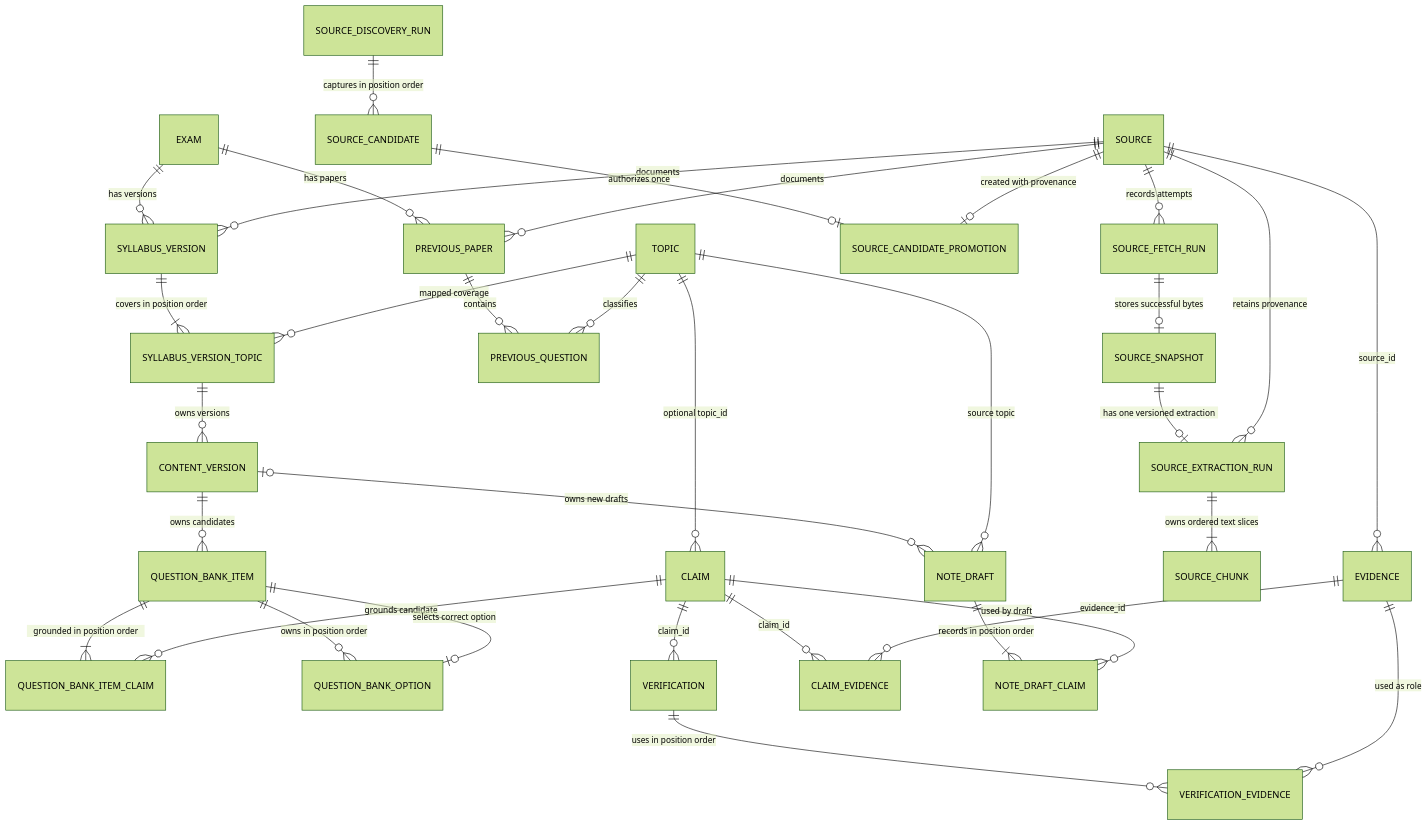
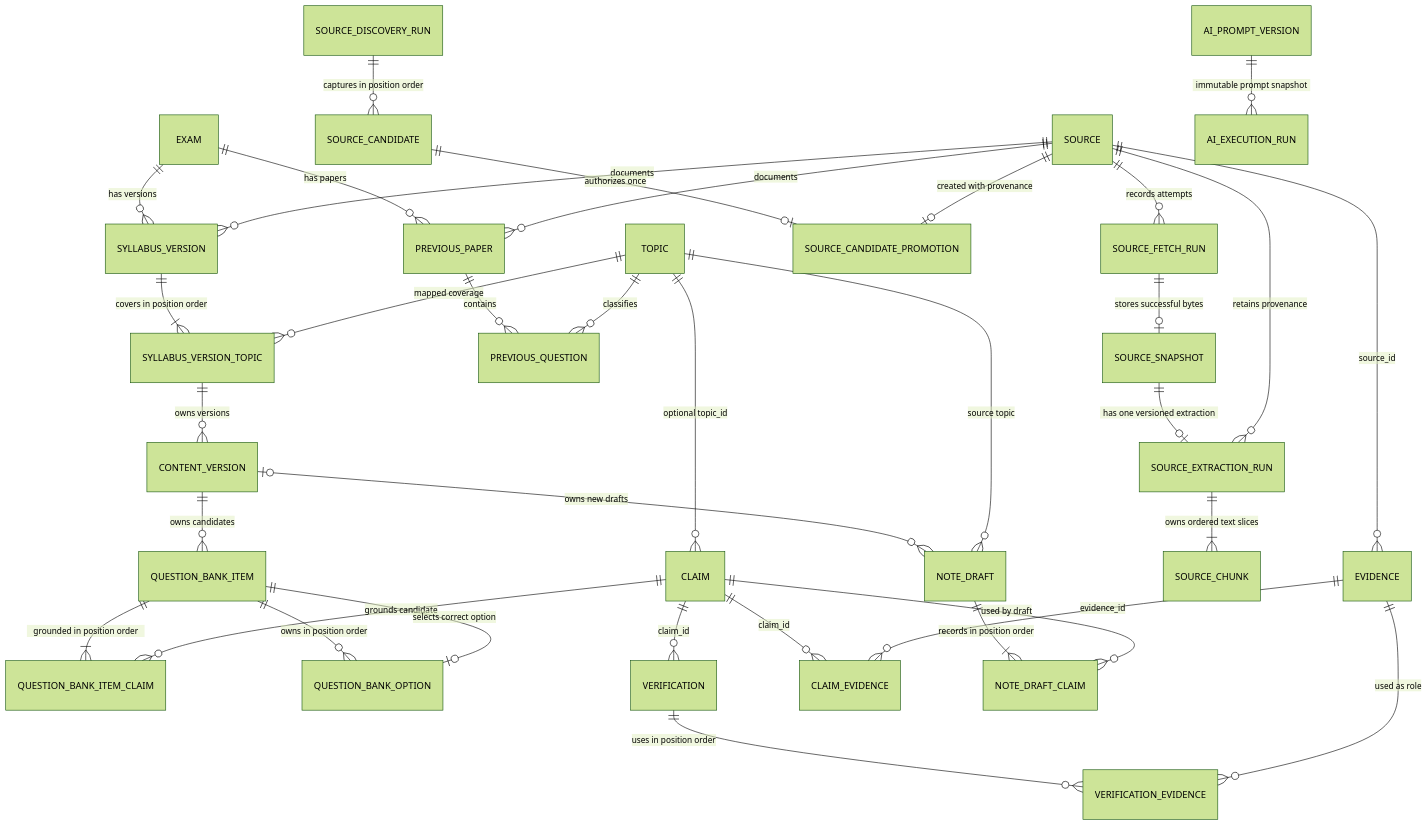
Before and after one commit to Dyuti60/assam-exam-ai: the third of 4 diagrams in docs/architecture.md, drawn with Mermaid (forest theme). The commit also changed other lines of this file and 20 other files, not shown here.

````diff
--- a/docs/architecture.md
+++ b/docs/architecture.md
@@ -70,36 +83,37 @@
 ```mermaid
 erDiagram
     EXAM ||--o{ SYLLABUS_VERSION : "has versions"
     SOURCE ||--o{ SYLLABUS_VERSION : "documents"
     SYLLABUS_VERSION ||--|{ SYLLABUS_VERSION_TOPIC : "covers in position order"
     TOPIC ||--o{ SYLLABUS_VERSION_TOPIC : "mapped coverage"
     SYLLABUS_VERSION_TOPIC ||--o{ CONTENT_VERSION : "owns versions"
     CONTENT_VERSION ||--o{ QUESTION_BANK_ITEM : "owns candidates"
     CONTENT_VERSION o|--o{ NOTE_DRAFT : "owns new drafts"
     QUESTION_BANK_ITEM ||--|{ QUESTION_BANK_ITEM_CLAIM : "grounded in position order"
     CLAIM ||--o{ QUESTION_BANK_ITEM_CLAIM : "grounds candidate"
     QUESTION_BANK_ITEM ||--o{ QUESTION_BANK_OPTION : "owns in position order"
     QUESTION_BANK_ITEM ||--o| QUESTION_BANK_OPTION : "selects correct option"
     EXAM ||--o{ PREVIOUS_PAPER : "has papers"
     SOURCE ||--o{ PREVIOUS_PAPER : "documents"
     PREVIOUS_PAPER ||--o{ PREVIOUS_QUESTION : "contains"
     TOPIC ||--o{ PREVIOUS_QUESTION : "classifies"
     TOPIC ||--o{ CLAIM : "optional topic_id"
     SOURCE_DISCOVERY_RUN ||--o{ SOURCE_CANDIDATE : "captures in position order"
     SOURCE_CANDIDATE ||--o| SOURCE_CANDIDATE_PROMOTION : "authorizes once"
     SOURCE ||--o| SOURCE_CANDIDATE_PROMOTION : "created with provenance"
     SOURCE ||--o{ SOURCE_FETCH_RUN : "records attempts"
     SOURCE_FETCH_RUN ||--o| SOURCE_SNAPSHOT : "stores successful bytes"
     SOURCE_SNAPSHOT ||--o| SOURCE_EXTRACTION_RUN : "has one versioned extraction"
     SOURCE ||--o{ SOURCE_EXTRACTION_RUN : "retains provenance"
     SOURCE_EXTRACTION_RUN ||--|{ SOURCE_CHUNK : "owns ordered text slices"
     SOURCE ||--o{ EVIDENCE : "source_id"
     CLAIM ||--o{ VERIFICATION : "claim_id"
     CLAIM ||--o{ CLAIM_EVIDENCE : "claim_id"
     EVIDENCE ||--o{ CLAIM_EVIDENCE : "evidence_id"
     VERIFICATION ||--o{ VERIFICATION_EVIDENCE : "uses in position order"
     EVIDENCE ||--o{ VERIFICATION_EVIDENCE : "used as role"
     TOPIC ||--o{ NOTE_DRAFT : "source topic"
     NOTE_DRAFT ||--|{ NOTE_DRAFT_CLAIM : "records in position order"
     CLAIM ||--o{ NOTE_DRAFT_CLAIM : "used by draft"
+    AI_PROMPT_VERSION ||--o{ AI_EXECUTION_RUN : "immutable prompt snapshot"
 ```
````
